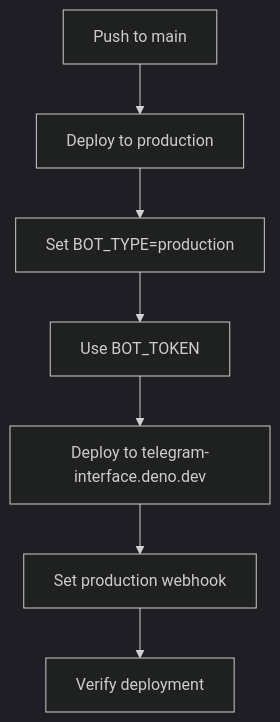
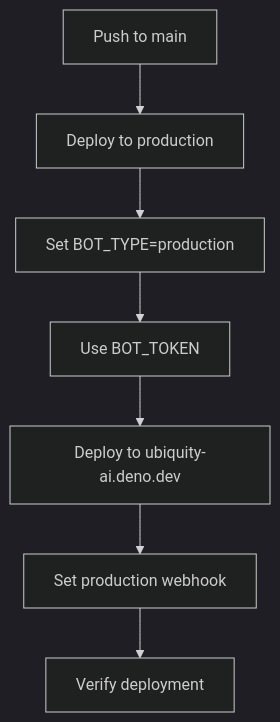
Before and after one commit to ubiquity-os/telegram-interface: the first of 2 diagrams in .github/workflows/README.md, drawn with Mermaid (dark theme). The commit also changed other lines of this file and 7 other files, not shown here.

````diff
--- a/.github/workflows/README.md
+++ b/.github/workflows/README.md
@@ -68,9 +68,9 @@
 ```mermaid
 flowchart TD
     A[Push to main] --> B[Deploy to production]
     B --> C[Set BOT_TYPE=production]
     C --> D[Use BOT_TOKEN]
-    D --> E[Deploy to telegram-interface.deno.dev]
+    D --> E[Deploy to ubiquity-ai.deno.dev]
     E --> F[Set production webhook]
     F --> G[Verify deployment]
 ```
````
